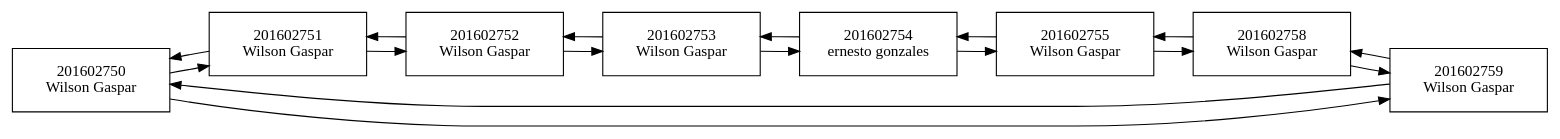
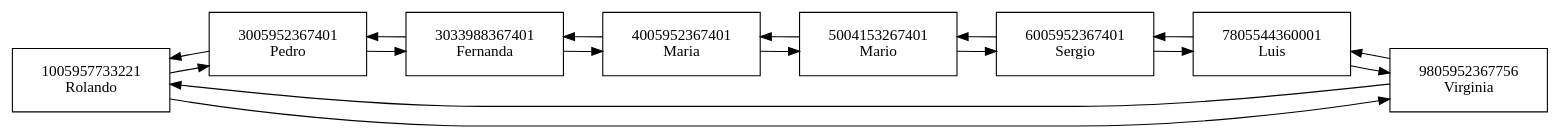
One commit to Angel357/-EDD-Proyecto2 changed the diagram in Proyecto2/graphListaC.dot. Above: the diagram before and after it, drawn with Graphviz. The commit also changed 26 other files, not shown here.

```diff
--- a/Proyecto2/graphListaC.dot
+++ b/Proyecto2/graphListaC.dot
@@ -1,68 +1,68 @@
 digraph {
 node[shape=box width=2 height=0.8];
 rankdir=LR;
-"201602750
-Wilson Gaspar"
-"201602750
-Wilson Gaspar"->"201602751
-Wilson Gaspar"
-"201602750
-Wilson Gaspar"->"201602759
-Wilson Gaspar"
-"201602751
-Wilson Gaspar"
-"201602751
-Wilson Gaspar"->"201602752
-Wilson Gaspar"
-"201602751
-Wilson Gaspar"->"201602750
-Wilson Gaspar"
-"201602752
-Wilson Gaspar"
-"201602752
-Wilson Gaspar"->"201602753
-Wilson Gaspar"
-"201602752
-Wilson Gaspar"->"201602751
-Wilson Gaspar"
-"201602753
-Wilson Gaspar"
-"201602753
-Wilson Gaspar"->"201602754
-ernesto gonzales"
-"201602753
-Wilson Gaspar"->"201602752
-Wilson Gaspar"
-"201602754
-ernesto gonzales"
-"201602754
-ernesto gonzales"->"201602755
-Wilson Gaspar"
-"201602754
-ernesto gonzales"->"201602753
-Wilson Gaspar"
-"201602755
-Wilson Gaspar"
-"201602755
-Wilson Gaspar"->"201602758
-Wilson Gaspar"
-"201602755
-Wilson Gaspar"->"201602754
-ernesto gonzales"
-"201602758
-Wilson Gaspar"
-"201602758
-Wilson Gaspar"->"201602759
-Wilson Gaspar"
-"201602758
-Wilson Gaspar"->"201602755
-Wilson Gaspar"
-"201602759
-Wilson Gaspar"
-"201602759
-Wilson Gaspar"->"201602750
-Wilson Gaspar"
-"201602759
-Wilson Gaspar"->"201602758
-Wilson Gaspar"
+"1005957733221
+Rolando"
+"1005957733221
+Rolando"->"3005952367401
+Pedro"
+"1005957733221
+Rolando"->"9805952367756
+Virginia"
+"3005952367401
+Pedro"
+"3005952367401
+Pedro"->"3033988367401
+Fernanda"
+"3005952367401
+Pedro"->"1005957733221
+Rolando"
+"3033988367401
+Fernanda"
+"3033988367401
+Fernanda"->"4005952367401
+Maria"
+"3033988367401
+Fernanda"->"3005952367401
+Pedro"
+"4005952367401
+Maria"
+"4005952367401
+Maria"->"5004153267401
+Mario"
+"4005952367401
+Maria"->"3033988367401
+Fernanda"
+"5004153267401
+Mario"
+"5004153267401
+Mario"->"6005952367401
+Sergio"
+"5004153267401
+Mario"->"4005952367401
+Maria"
+"6005952367401
+Sergio"
+"6005952367401
+Sergio"->"7805544360001
+Luis"
+"6005952367401
+Sergio"->"5004153267401
+Mario"
+"7805544360001
+Luis"
+"7805544360001
+Luis"->"9805952367756
+Virginia"
+"7805544360001
+Luis"->"6005952367401
+Sergio"
+"9805952367756
+Virginia"
+"9805952367756
+Virginia"->"1005957733221
+Rolando"
+"9805952367756
+Virginia"->"7805544360001
+Luis"
  }
```
